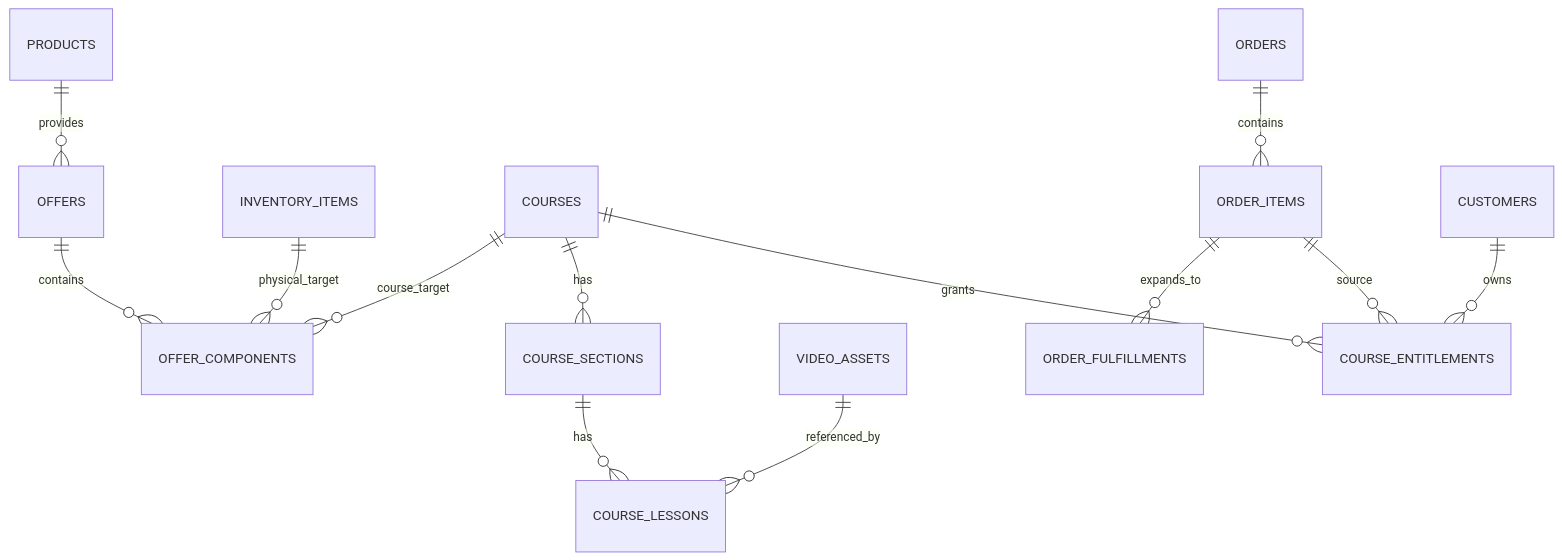
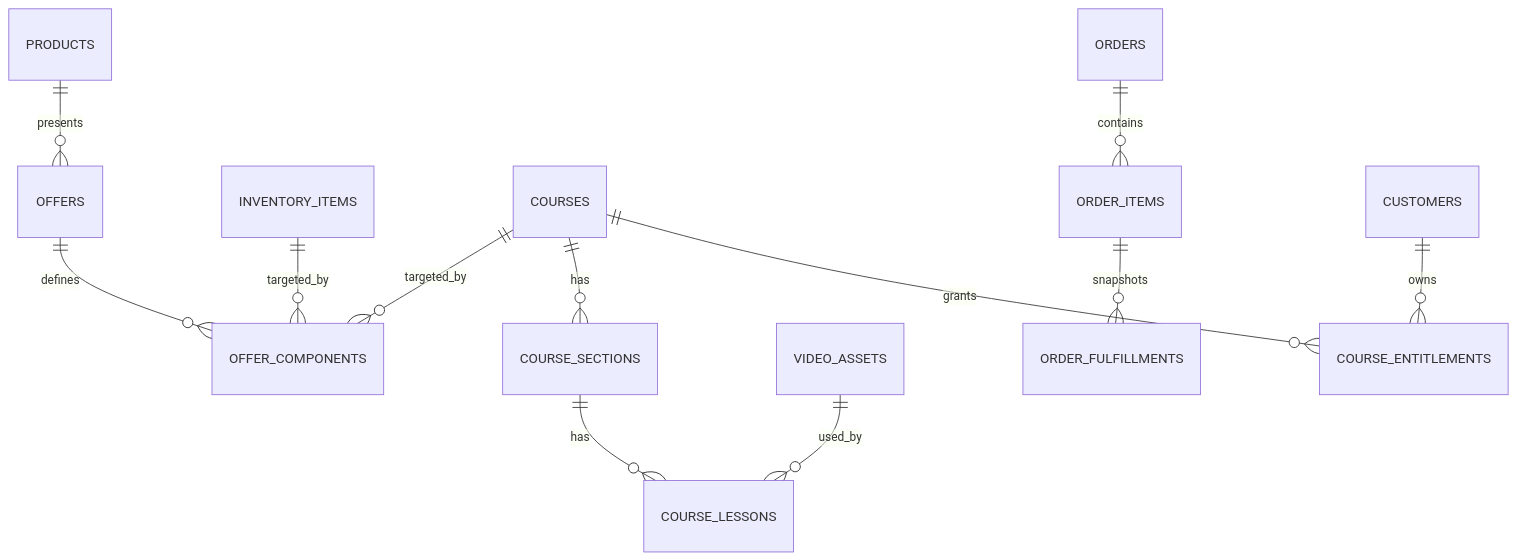
Before and after one commit to infixman/luma_studio: the first of 2 diagrams in docs/changes/plans/20260729-course-commerce-phase0-domain-model/design.md, drawn with Mermaid. The commit also changed other lines of this file and 2 other files, not shown here.

Commit message:
docs: finalize course commerce phase 0

````diff
--- a/docs/changes/plans/20260729-course-commerce-phase0-domain-model/design.md
+++ b/docs/changes/plans/20260729-course-commerce-phase0-domain-model/design.md
@@ -118,15 +54,14 @@
 ```mermaid
 erDiagram
-    PRODUCTS ||--o{ OFFERS : provides
-    OFFERS ||--o{ OFFER_COMPONENTS : contains
-    INVENTORY_ITEMS ||--o{ OFFER_COMPONENTS : physical_target
-    COURSES ||--o{ OFFER_COMPONENTS : course_target
+    PRODUCTS ||--o{ OFFERS : presents
+    OFFERS ||--o{ OFFER_COMPONENTS : defines
+    INVENTORY_ITEMS ||--o{ OFFER_COMPONENTS : targeted_by
+    COURSES ||--o{ OFFER_COMPONENTS : targeted_by
     COURSES ||--o{ COURSE_SECTIONS : has
     COURSE_SECTIONS ||--o{ COURSE_LESSONS : has
-    VIDEO_ASSETS ||--o{ COURSE_LESSONS : referenced_by
+    VIDEO_ASSETS ||--o{ COURSE_LESSONS : used_by
     ORDERS ||--o{ ORDER_ITEMS : contains
-    ORDER_ITEMS ||--o{ ORDER_FULFILLMENTS : expands_to
+    ORDER_ITEMS ||--o{ ORDER_FULFILLMENTS : snapshots
     CUSTOMERS ||--o{ COURSE_ENTITLEMENTS : owns
     COURSES ||--o{ COURSE_ENTITLEMENTS : grants
-    ORDER_ITEMS ||--o{ COURSE_ENTITLEMENTS : source
 ```
````
